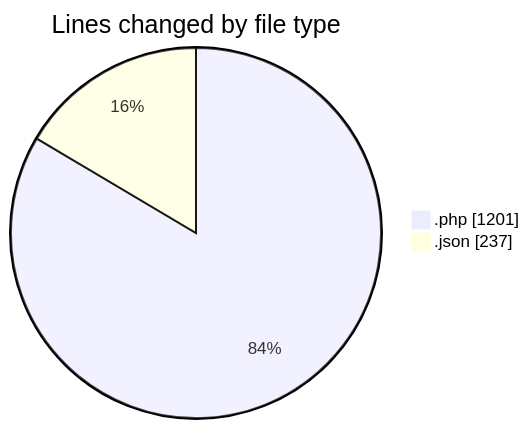
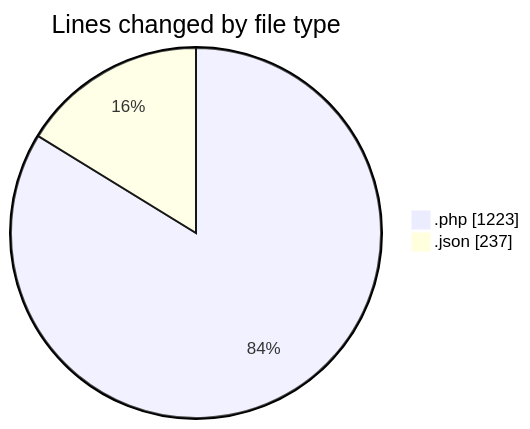
The first of 2 diagrams in 2025-06-13/studio-backend/README.md (idhammustaqopulfikri/code-tracking), drawn with Mermaid before and after one commit. The commit also changed other lines of this file and 1 other file, not shown here.

````diff
--- a/2025-06-13/studio-backend/README.md
+++ b/2025-06-13/studio-backend/README.md
@@ -30,6 +30,6 @@
 ```mermaid
 pie showData
 title Lines changed by file type
-".php" : 1201
+".php" : 1223
 ".json" : 237
 ```
````
